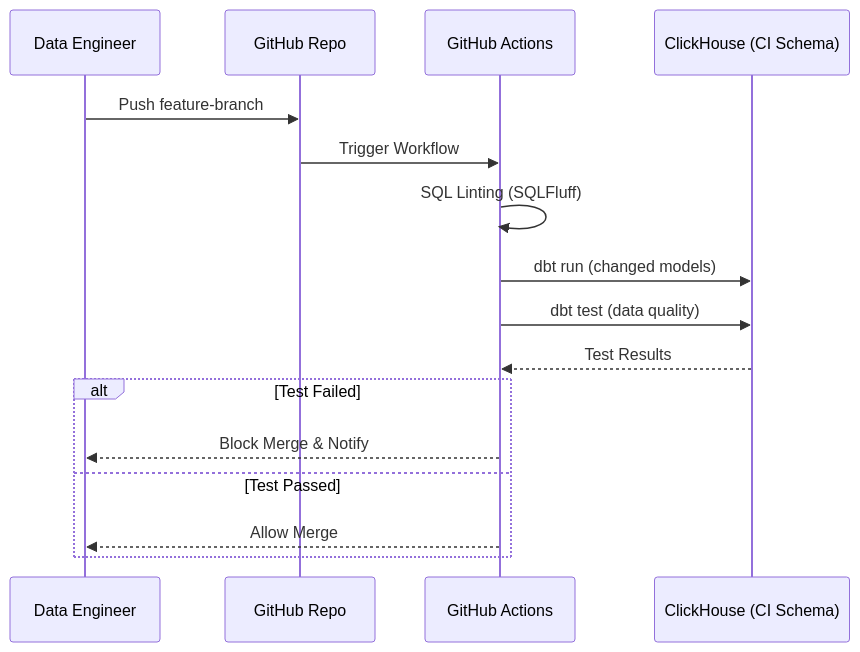
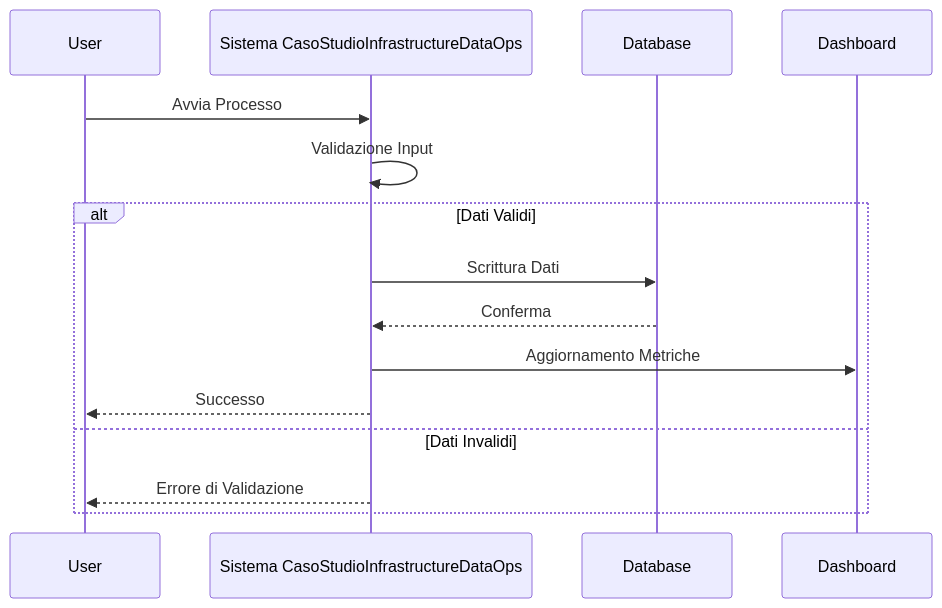
One commit to AndreyBertasini/gynnitech changed the second of 2 diagrams in src/content/corso/infrastructure-ops/caso-studio.mdx. Above: the diagram before and after it, drawn with Mermaid. The commit also changed other lines of this file and 169 other files, not shown here.

````diff
--- a/src/content/corso/infrastructure-ops/caso-studio.mdx
+++ b/src/content/corso/infrastructure-ops/caso-studio.mdx
@@ -57,19 +90,18 @@
 ```mermaid
 sequenceDiagram
-    participant Dev as Data Engineer
-    participant Git as GitHub Repo
-    participant CI as GitHub Actions
-    participant DB as ClickHouse (CI Schema)
+    participant User
+    participant System as Sistema CasoStudioInfrastructureDataOps
+    participant DB as Database
+    participant BI as Dashboard
 
-    Dev->>Git: Push feature-branch
-    Git->>CI: Trigger Workflow
-    CI->>CI: SQL Linting (SQLFluff)
-    CI->>DB: dbt run (changed models)
-    CI->>DB: dbt test (data quality)
-    DB-->>CI: Test Results
-    alt Test Failed
-        CI-->>Dev: Block Merge & Notify
-    else Test Passed
-        CI-->>Dev: Allow Merge
+    User->>System: Avvia Processo
+    System->>System: Validazione Input
+    alt Dati Validi
+        System->>DB: Scrittura Dati
+        DB-->>System: Conferma
+        System->>BI: Aggiornamento Metriche
+        System-->>User: Successo
+    else Dati Invalidi
+        System-->>User: Errore di Validazione
     end
 ```
````
